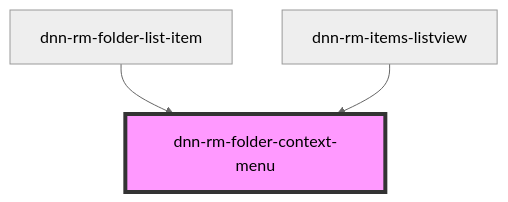
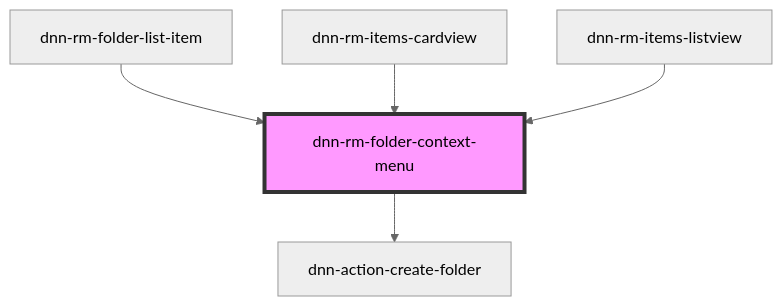
The diagram in DNN Platform/Modules/ResourceManager/ResourceManager.Web/src/components/context-menus/dnn-rm-folder-context-menu/readme.md (dnnsoftware/Dnn.Platform), drawn with Mermaid (neutral theme) before and after one commit. The commit also changed other lines of this file and 19 other files, not shown here.

````diff
--- a/DNN Platform/Modules/ResourceManager/ResourceManager.Web/src/components/context-menus/dnn-rm-folder-context-menu/readme.md
+++ b/DNN Platform/Modules/ResourceManager/ResourceManager.Web/src/components/context-menus/dnn-rm-folder-context-menu/readme.md
@@ -23,6 +28,8 @@
 ```mermaid
 graph TD;
+  dnn-rm-folder-context-menu --> dnn-action-create-folder
   dnn-rm-folder-list-item --> dnn-rm-folder-context-menu
+  dnn-rm-items-cardview --> dnn-rm-folder-context-menu
   dnn-rm-items-listview --> dnn-rm-folder-context-menu
   style dnn-rm-folder-context-menu fill:#f9f,stroke:#333,stroke-width:4px
 ```
````
